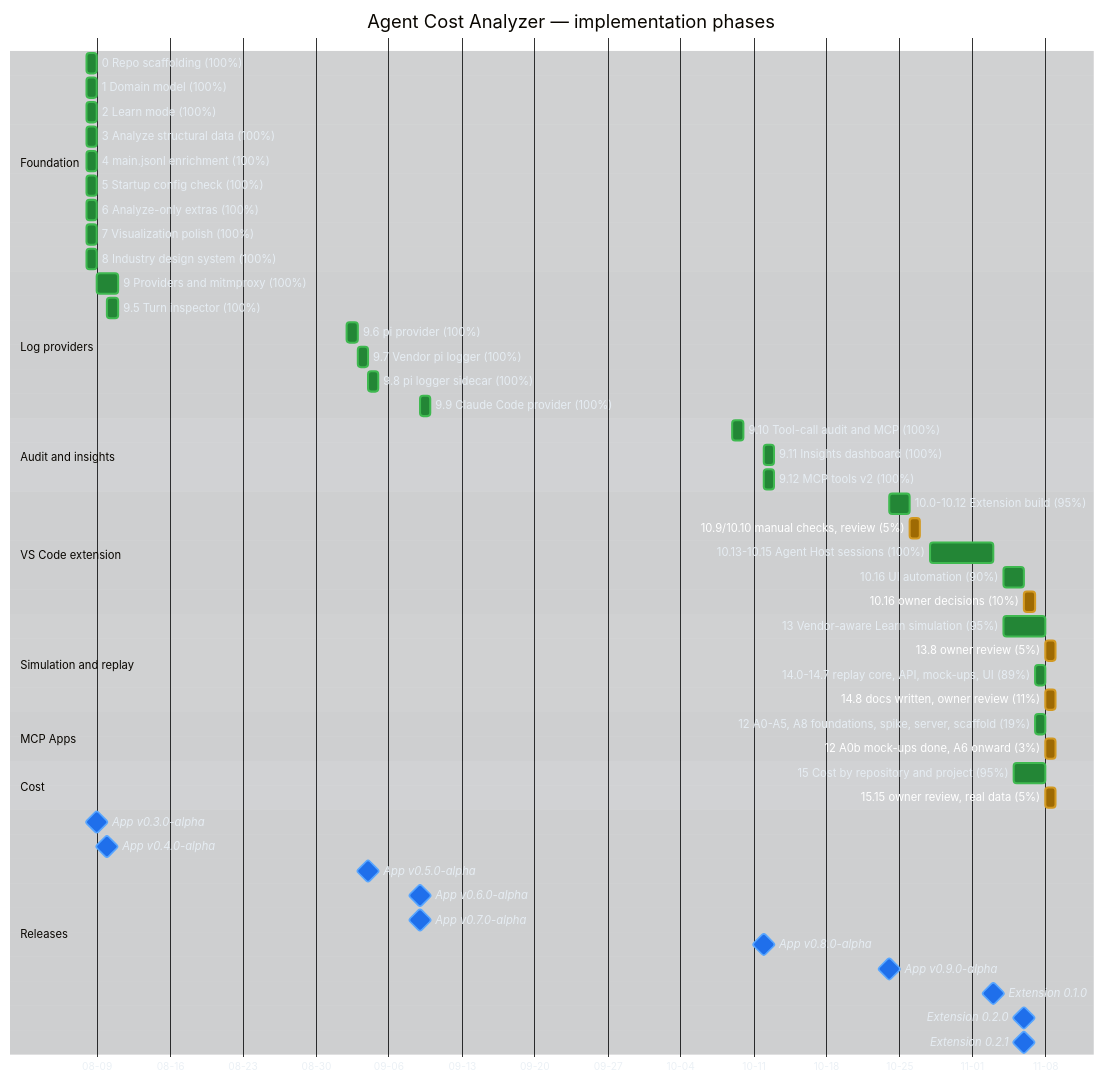
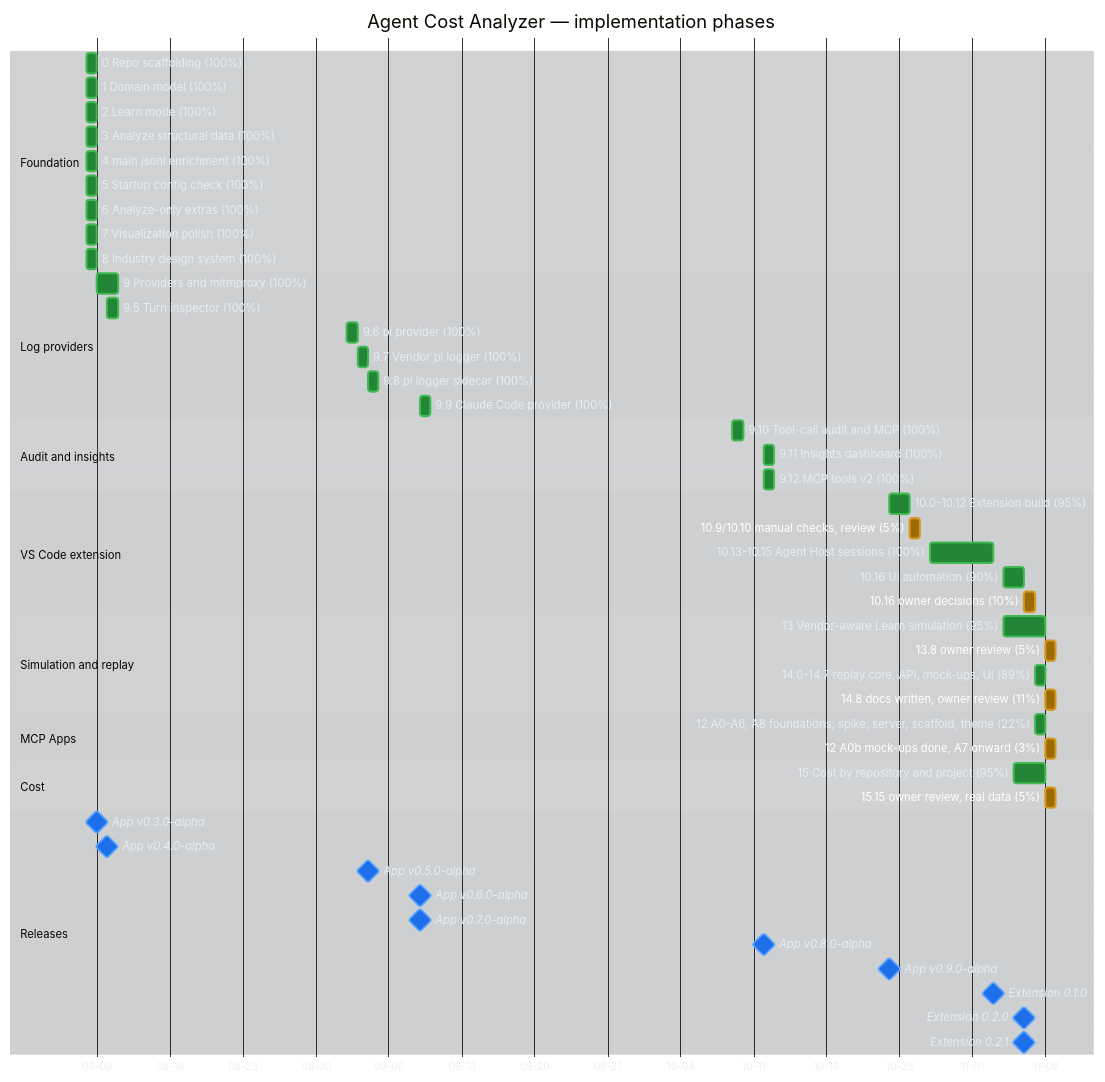
Before and after one commit to raulkivi/agent-cost-analyzer: the first of 3 diagrams in docs/implementation-plan-gantt.md, drawn with Mermaid. The commit also changed other lines of this file and 15 other files, not shown here.

```diff
--- a/docs/implementation-plan-gantt.md
+++ b/docs/implementation-plan-gantt.md
@@ -75,8 +75,8 @@
     14.8 docs written, owner review (11%)  :active, p14r, after p14, 1d
 
     section MCP Apps
-    12 A0-A5, A8 foundations, spike, server, scaffold (19%) :done, p12a, 2026-11-07, 1d
-    12 A0b mock-ups done, A6 onward (3%) :active, p12b, after p12a, 1d
+    12 A0-A6, A8 foundations, spike, server, scaffold, theme (22%) :done, p12a, 2026-11-07, 1d
+    12 A0b mock-ups done, A7 onward (3%) :active, p12b, after p12a, 1d
 
     section Cost
     15 Cost by repository and project (95%) :done, p15, 2026-11-05, 3d
```
